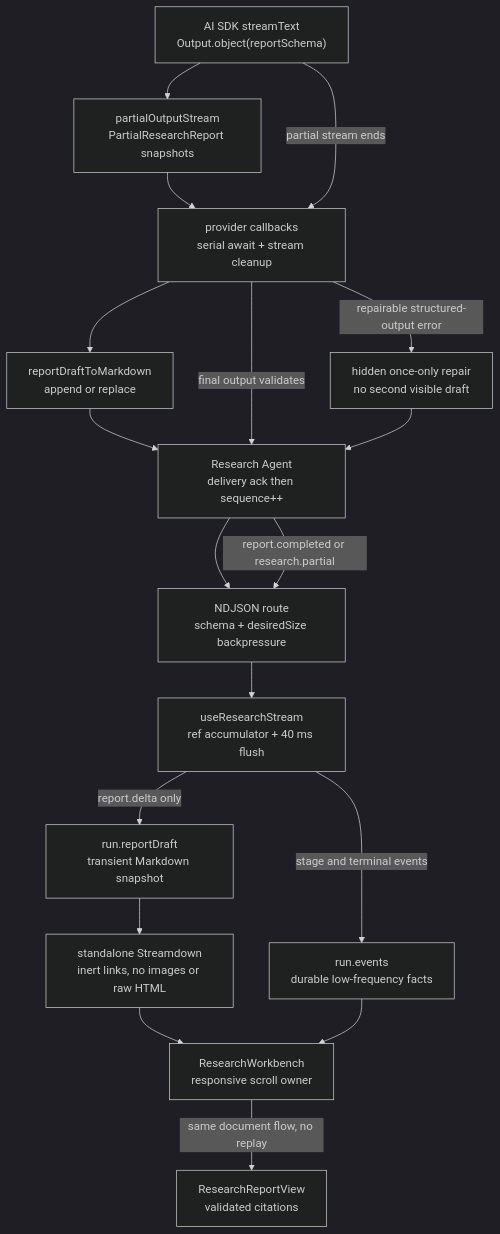
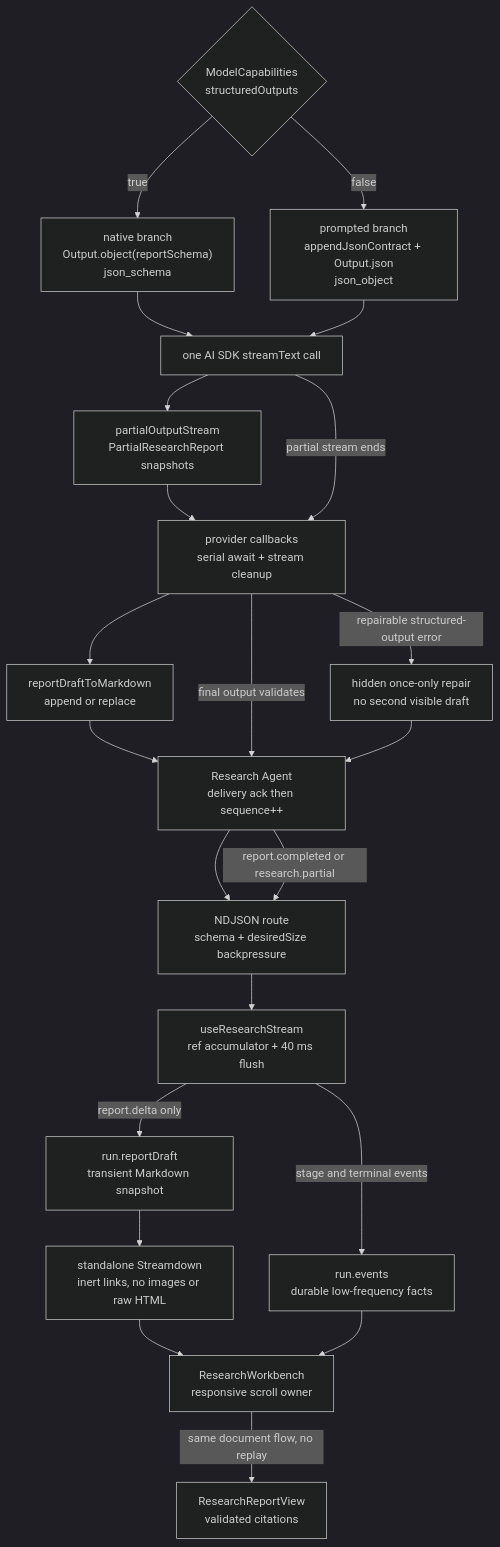
Before and after one commit to nightsu/research-agent-demo: the third of 3 diagrams in docs/architecture.md, drawn with Mermaid (dark theme). The commit also changed other lines of this file and 3 other files, not shown here.

````diff
--- a/docs/architecture.md
+++ b/docs/architecture.md
@@ -130,26 +130,31 @@
 ```mermaid
 flowchart TB
-    Model["AI SDK streamText<br/>Output.object(reportSchema)"]
+    Strategy{"ModelCapabilities<br/>structuredOutputs"}
+    Native["native branch<br/>Output.object(reportSchema)<br/>json_schema"]
+    Prompted["prompted branch<br/>appendJsonContract + Output.json<br/>json_object"]
+    Model["one AI SDK streamText call"]
     Partial["partialOutputStream<br/>PartialResearchReport snapshots"]
     Callbacks["provider callbacks<br/>serial await + stream cleanup"]
     Repair["hidden once-only repair<br/>no second visible draft"]
     Projector["reportDraftToMarkdown<br/>append or replace"]
     Agent["Research Agent<br/>delivery ack then sequence++"]
     Route["NDJSON route<br/>schema + desiredSize backpressure"]
     Hook["useResearchStream<br/>ref accumulator + 40 ms flush"]
     Events["run.events<br/>durable low-frequency facts"]
     Draft["run.reportDraft<br/>transient Markdown snapshot"]
     Streamdown["standalone Streamdown<br/>inert links, no images or raw HTML"]
     Workspace["ResearchWorkbench<br/>responsive scroll owner"]
     Formal["ResearchReportView<br/>validated citations"]
 
+    Strategy -->|"true"| Native --> Model
+    Strategy -->|"false"| Prompted --> Model
     Model --> Partial --> Callbacks --> Projector --> Agent --> Route --> Hook
     Model -->|"partial stream ends"| Callbacks
     Callbacks -->|"final output validates"| Agent
     Callbacks -->|"repairable structured-output error"| Repair --> Agent
     Hook -->|"stage and terminal events"| Events
     Hook -->|"report.delta only"| Draft --> Streamdown --> Workspace
     Events --> Workspace
     Agent -->|"report.completed or research.partial"| Route
     Workspace -->|"same document flow, no replay"| Formal
 ```
````
